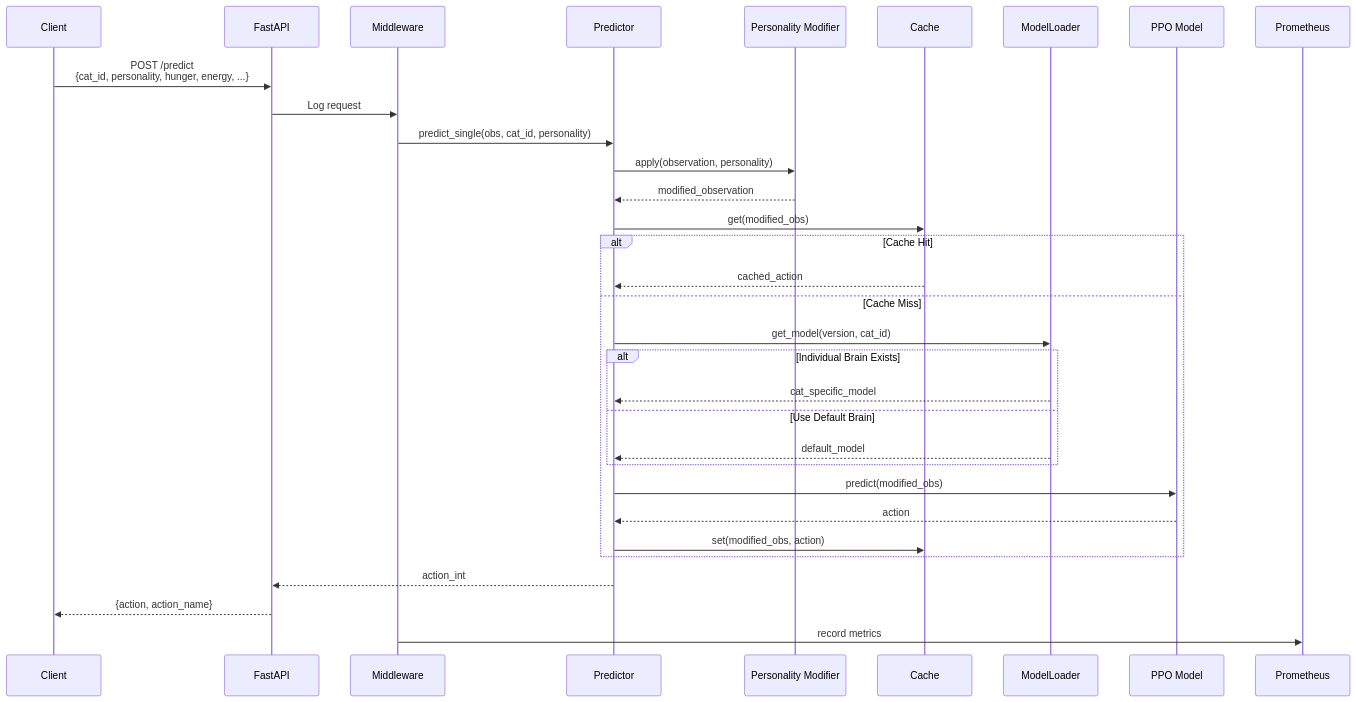
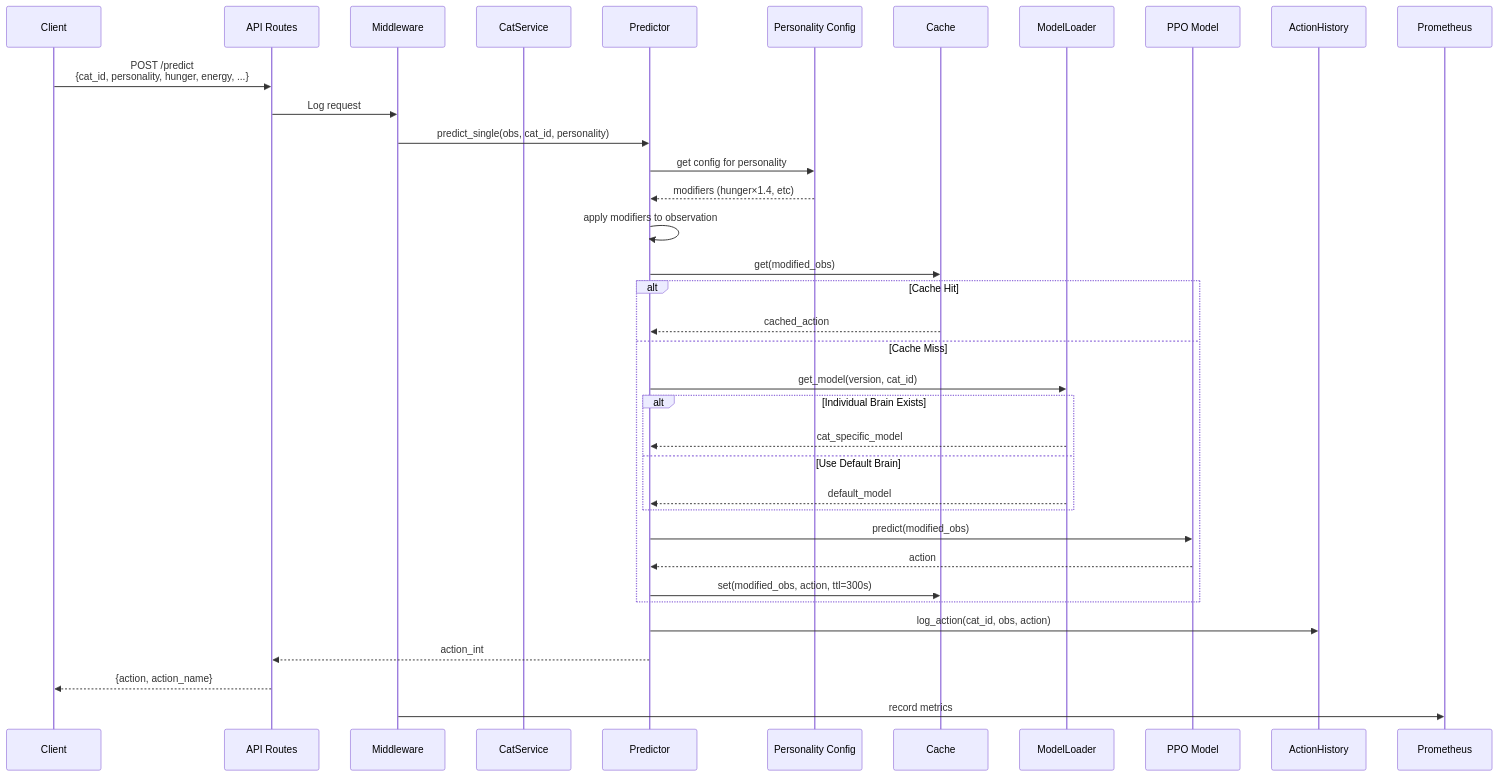
Before and after one commit to tantaneity/cat-brain-service: the second of 7 diagrams in README.md, drawn with Mermaid. The commit also changed other lines of this file, not shown here.

Commit message:
docs: update diagrams to reflect new architecture

````diff
--- a/README.md
+++ b/README.md
@@ -58,40 +72,44 @@
 ```mermaid
 sequenceDiagram
     participant Client
-    participant API as FastAPI
+    participant Routes as API Routes
     participant Middleware
+    participant CatService
     participant Predictor
-    participant PersonalityMod as Personality Modifier
+    participant PersonalityMod as Personality Config
     participant Cache
     participant ModelLoader
     participant Model as PPO Model
+    participant History as ActionHistory
     
-    Client->>API: POST /predict<br/>{cat_id, personality, hunger, energy, ...}
-    API->>Middleware: Log request
+    Client->>Routes: POST /predict<br/>{cat_id, personality, hunger, energy, ...}
+    Routes->>Middleware: Log request
     Middleware->>Predictor: predict_single(obs, cat_id, personality)
     
-    Predictor->>PersonalityMod: apply(observation, personality)
-    PersonalityMod-->>Predictor: modified_observation
+    Predictor->>PersonalityMod: get config for personality
+    PersonalityMod-->>Predictor: modifiers (hunger×1.4, etc)
+    Predictor->>Predictor: apply modifiers to observation
     
     Predictor->>Cache: get(modified_obs)
     
     alt Cache Hit
         Cache-->>Predictor: cached_action
     else Cache Miss
         Predictor->>ModelLoader: get_model(version, cat_id)
         
         alt Individual Brain Exists
             ModelLoader-->>Predictor: cat_specific_model
         else Use Default Brain
             ModelLoader-->>Predictor: default_model
         end
         
         Predictor->>Model: predict(modified_obs)
         Model-->>Predictor: action
-        Predictor->>Cache: set(modified_obs, action)
+        Predictor->>Cache: set(modified_obs, action, ttl=300s)
     end
     
-    Predictor-->>API: action_int
-    API-->>Client: {action, action_name}
+    Predictor->>History: log_action(cat_id, obs, action)
+    Predictor-->>Routes: action_int
+    Routes-->>Client: {action, action_name}
     Middleware->>Prometheus: record metrics
 ```
````
